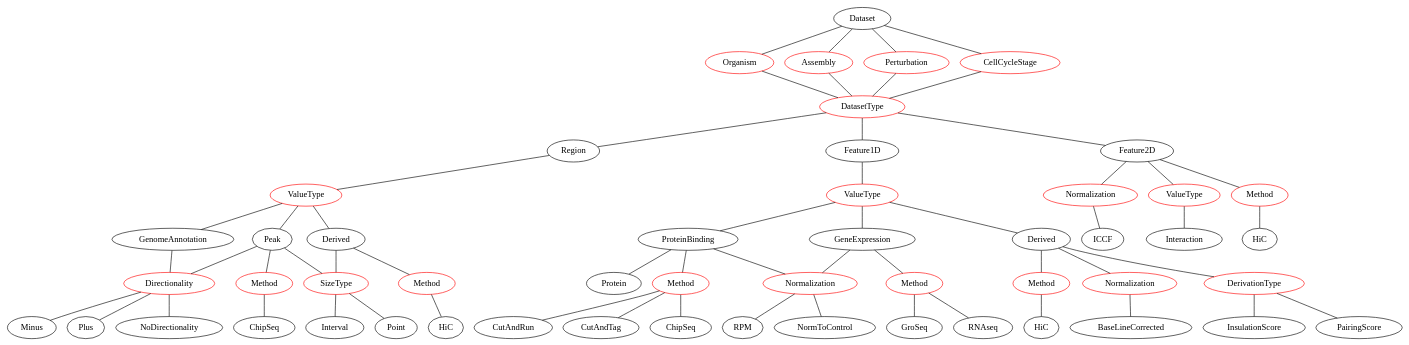
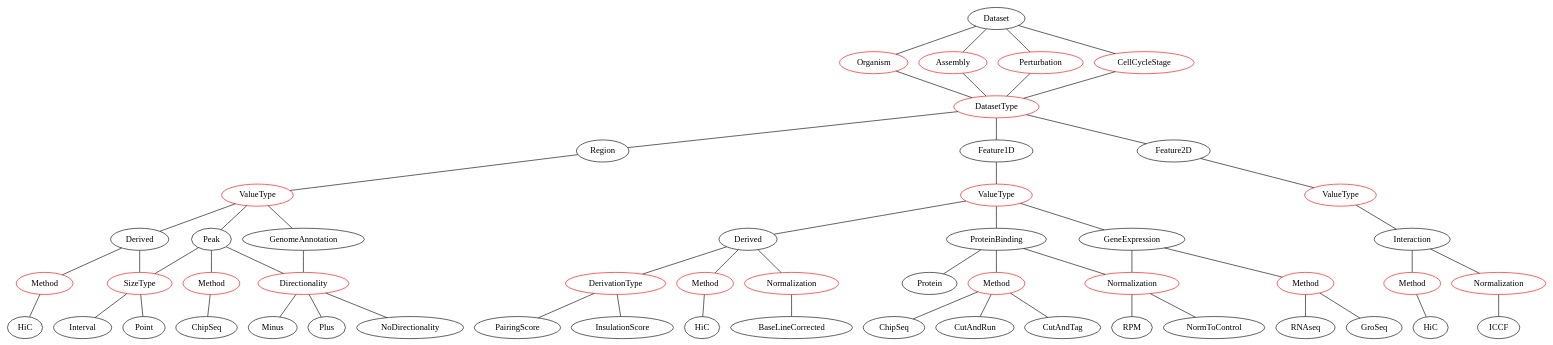
Before and after one commit to gerlichlab/hicognition: the diagram in documentation/dataset_metadata_graph.dot, drawn with Graphviz.

Commit message:
updated metadata graph

```diff
--- a/documentation/dataset_metadata_graph.dot
+++ b/documentation/dataset_metadata_graph.dot
@@ -1,101 +1,101 @@
 graph G {
 
   Dataset -- Organism;
   Dataset -- Assembly;
   Dataset -- Perturbation;
   Dataset -- CellCycleStage;
   CellCycleStage -- DatasetType;
   Organism -- DatasetType;
   Assembly -- DatasetType;
   Perturbation -- DatasetType
   DatasetType -- Region;
   DatasetType -- Feature1D;
   DatasetType -- Feature2D;
   
    subgraph feature2d {
     ValueType2d -- Interaction;
+    Interaction -- Method2d;
+    Interaction -- Normalization2d
     Method2d -- HiC;
     Normalization2d -- ICCF
   }
   
     Feature2D -- ValueType2d;
-    Feature2D -- Method2d;
-    Feature2D -- Normalization2d;
     
     subgraph region {
         ValueTypeR -- GenomeAnnotation;
         ValueTypeR -- Peak;
         ValueTypeR -- DerivedR;
         Peak -- MethodR;
         DerivedR -- MethodRH
         Peak -- SizeType
         DerivedR -- SizeType
         Peak -- Directionality;
         GenomeAnnotation -- Directionality;
         
         MethodR -- ChipSeqR;
         MethodRH -- HiCR;
         SizeType -- Interval;
         SizeType -- Point;
         Directionality -- Minus;
         Directionality -- Plus;
         Directionality -- NoDirectionality;
     }
     
     Region -- ValueTypeR
     
     subgraph feature1d {
         ValueType1D -- ProteinBinding;
         ValueType1D -- GeneExpression;
         ValueType1D -- Derived;
         ProteinBinding -- Protein;
         ProteinBinding -- Normalization1D;
         ProteinBinding -- Method1D;
         Method1D -- ChipSeq1D;
         Method1D -- CutAndRun;
         Method1D -- CutAndTag;
         Normalization1D -- RPM;
         Normalization1D -- NormToControl;
         GeneExpression -- Method1DG;
         GeneExpression -- Normalization1D;
         Method1DG -- GroSeq;
         Method1DG -- RNAseq;
         Derived -- NormD;
         Derived -- DerivationType;
         Derived -- MethodD;
         NormD -- BaseLineCorrected;
         DerivationType -- InsulationScore;
         DerivationType -- PairingScore;
         MethodD -- HiCD;
     }
     
     Feature1D -- ValueType1D;
     
 
   
   Organism [color="red"]
   Assembly [color="red"]
   DatasetType [color="red"]
   Perturbation[color="red"]
   CellCycleStage[color="red"]
   HiCR[label="HiC"]
   SizeType[color="red"]
   Method2d[color="red", label="Method"]
   MethodR[color="red", label="Method"]
   Normalization2d[color="red", label="Normalization"]
   ValueType2d[color="red", label="ValueType"]
   ValueType1D[color="red", label="ValueType"]
   Method1DG[color="red", label="Method"]
   ChipSeq1D[label="ChipSeq"]
   Method1D[color="red", label="Method"]
   Normalization1D[color="red", label="Normalization"]
   NormD[color="red", label="Normalization"]
   HiCD[label="HiC"]
   DerivationType[color="red"]
   MethodD[color="red", label="Method"]
   ValueTypeR[color="red", label="ValueType"]
   DerivedR[label="Derived"]
   Directionality[color="red"]
   MethodRH[color="red", label="Method"]
   ChipSeqR[label="ChipSeq"]
 }
```
